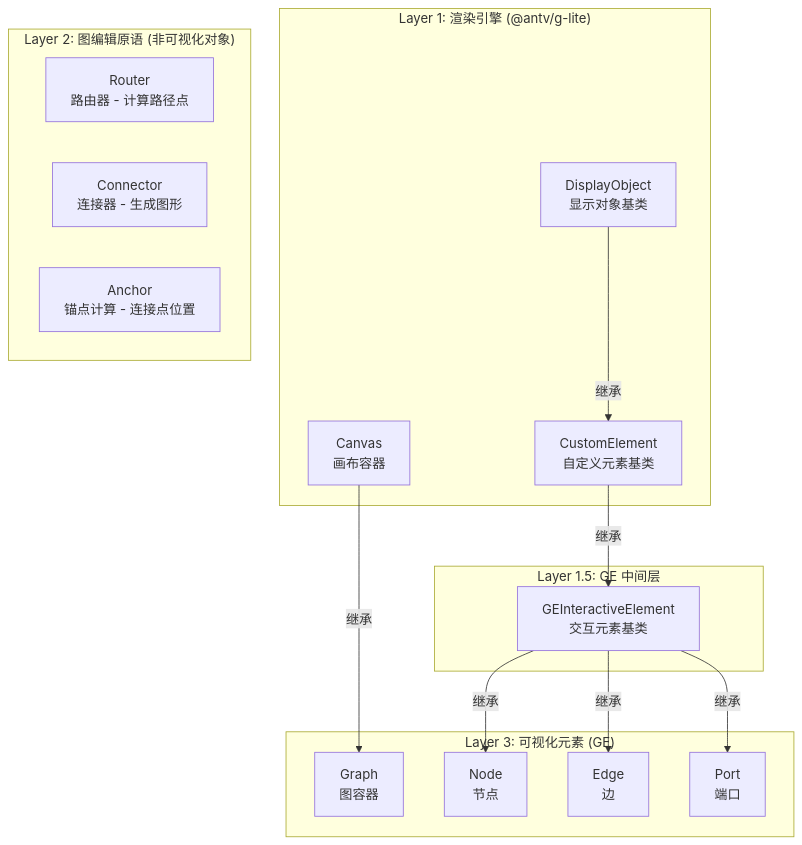
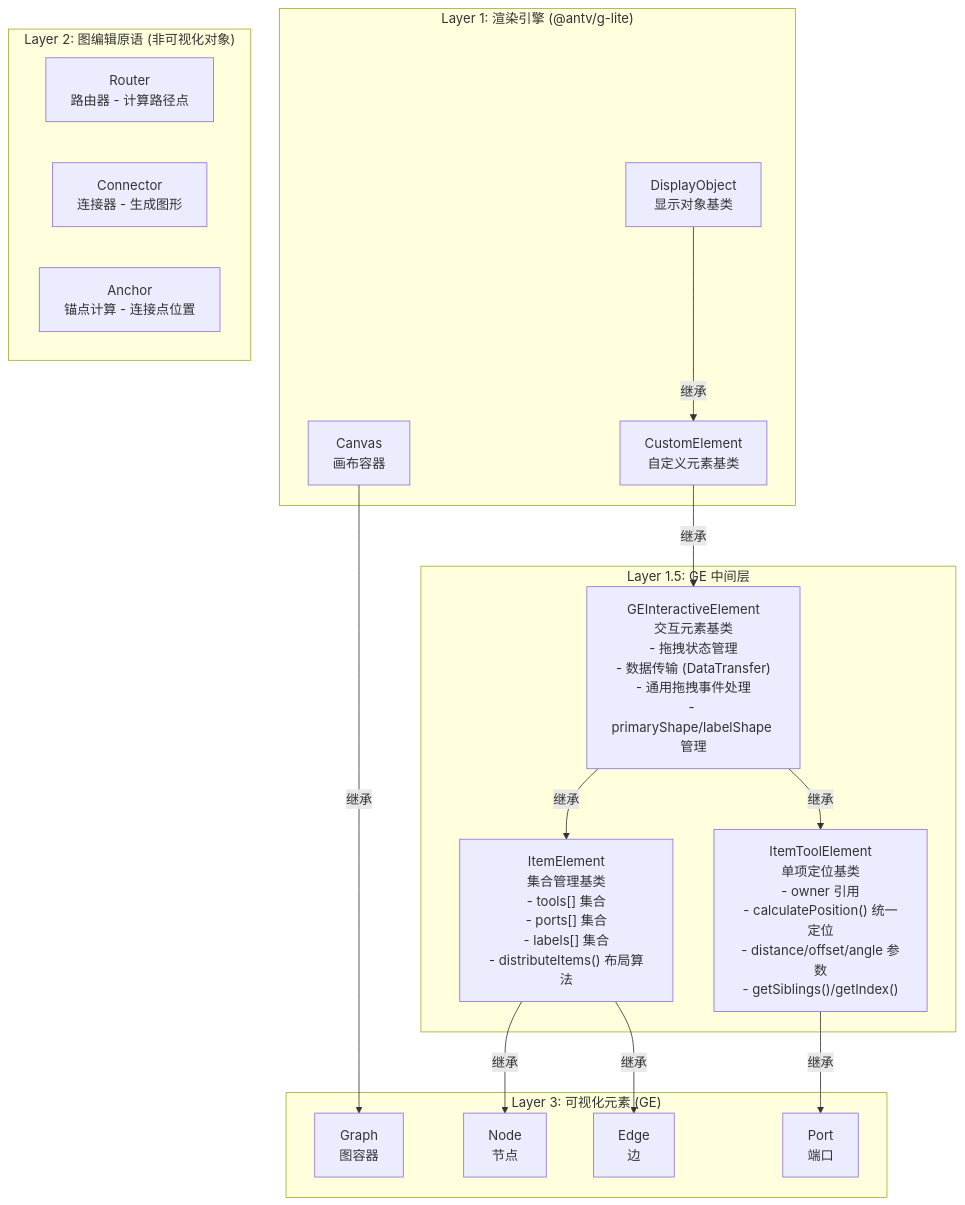
One commit to lloydzhou/ge changed the first of 9 diagrams in packages/ge-core/docs/ARCHITECTURE.md. Above: the diagram before and after it, drawn with Mermaid. The commit also changed other lines of this file and 14 other files, not shown here.

Commit message:
1. 统一定位系统架构 2. Edge 多标签支持 (x6 风格) 3. Port 位置计算增强 4. Node 标签定位修复

````diff
--- a/packages/ge-core/docs/ARCHITECTURE.md
+++ b/packages/ge-core/docs/ARCHITECTURE.md
@@ -5,32 +5,36 @@
 ```mermaid
 graph TB
     subgraph "Layer 1: 渲染引擎 (@antv/g-lite)"
         Canvas["Canvas<br/>画布容器"]
         CustomElement["CustomElement<br/>自定义元素基类"]
         DisplayObject["DisplayObject<br/>显示对象基类"]
     end
 
     subgraph "Layer 1.5: GE 中间层"
-        GEInteractive["GEInteractiveElement<br/>交互元素基类"]
+        GEInteractive["GEInteractiveElement<br/>交互元素基类<br/>- 拖拽状态管理<br/>- 数据传输 (DataTransfer)<br/>- 通用拖拽事件处理<br/>- primaryShape/labelShape 管理"]
+        ItemElement["ItemElement<br/>集合管理基类<br/>- tools[] 集合<br/>- ports[] 集合<br/>- labels[] 集合<br/>- distributeItems() 布局算法"]
+        ItemToolElement["ItemToolElement<br/>单项定位基类<br/>- owner 引用<br/>- calculatePosition() 统一定位<br/>- distance/offset/angle 参数<br/>- getSiblings()/getIndex()"]
     end
 
     subgraph "Layer 2: 图编辑原语 (非可视化对象)"
         Router["Router<br/>路由器 - 计算路径点"]
         Connector["Connector<br/>连接器 - 生成图形"]
         Anchor["Anchor<br/>锚点计算 - 连接点位置"]
     end
 
     subgraph "Layer 3: 可视化元素 (GE)"
         Graph["Graph<br/>图容器"]
         Node["Node<br/>节点"]
         Edge["Edge<br/>边"]
         Port["Port<br/>端口"]
     end
 
     Canvas -->|"继承"| Graph
     CustomElement -->|"继承"| GEInteractive
-    GEInteractive -->|"继承"| Node
-    GEInteractive -->|"继承"| Edge
-    GEInteractive -->|"继承"| Port
+    GEInteractive -->|"继承"| ItemElement
+    GEInteractive -->|"继承"| ItemToolElement
+    ItemElement -->|"继承"| Node
+    ItemElement -->|"继承"| Edge
+    ItemToolElement -->|"继承"| Port
     DisplayObject -->|"继承"| CustomElement
 ```
````
